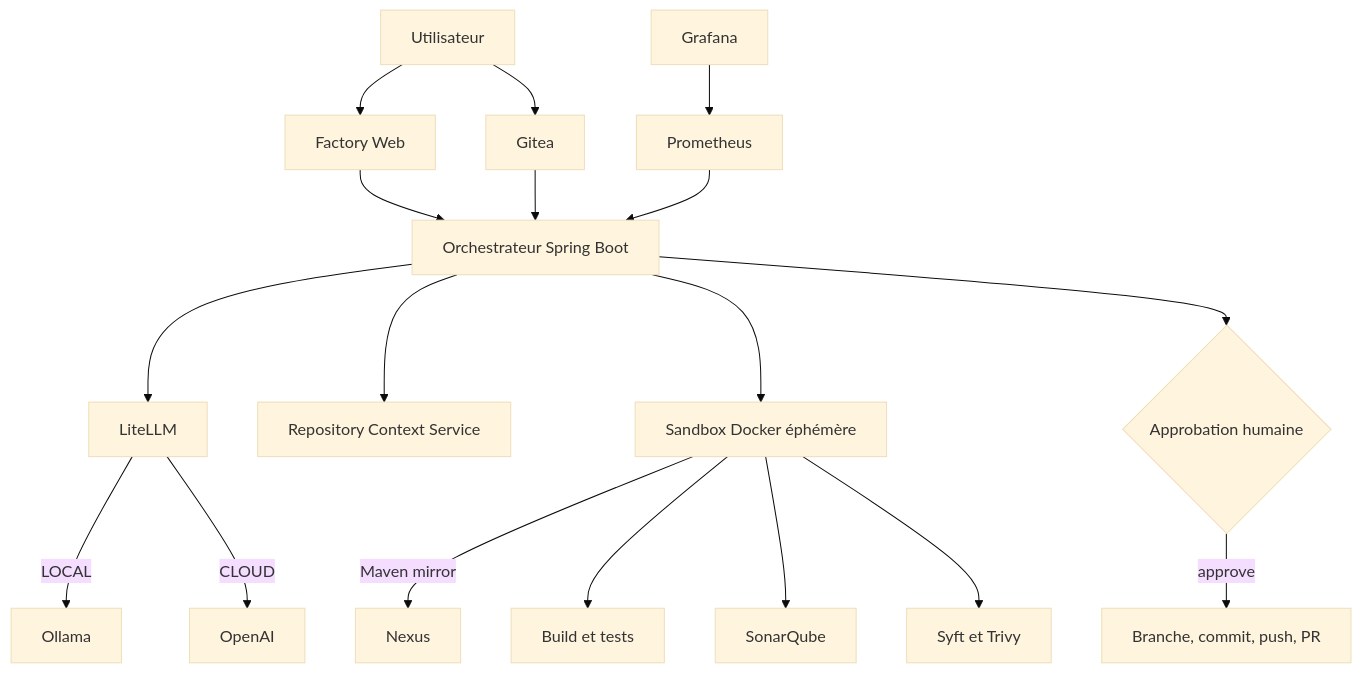
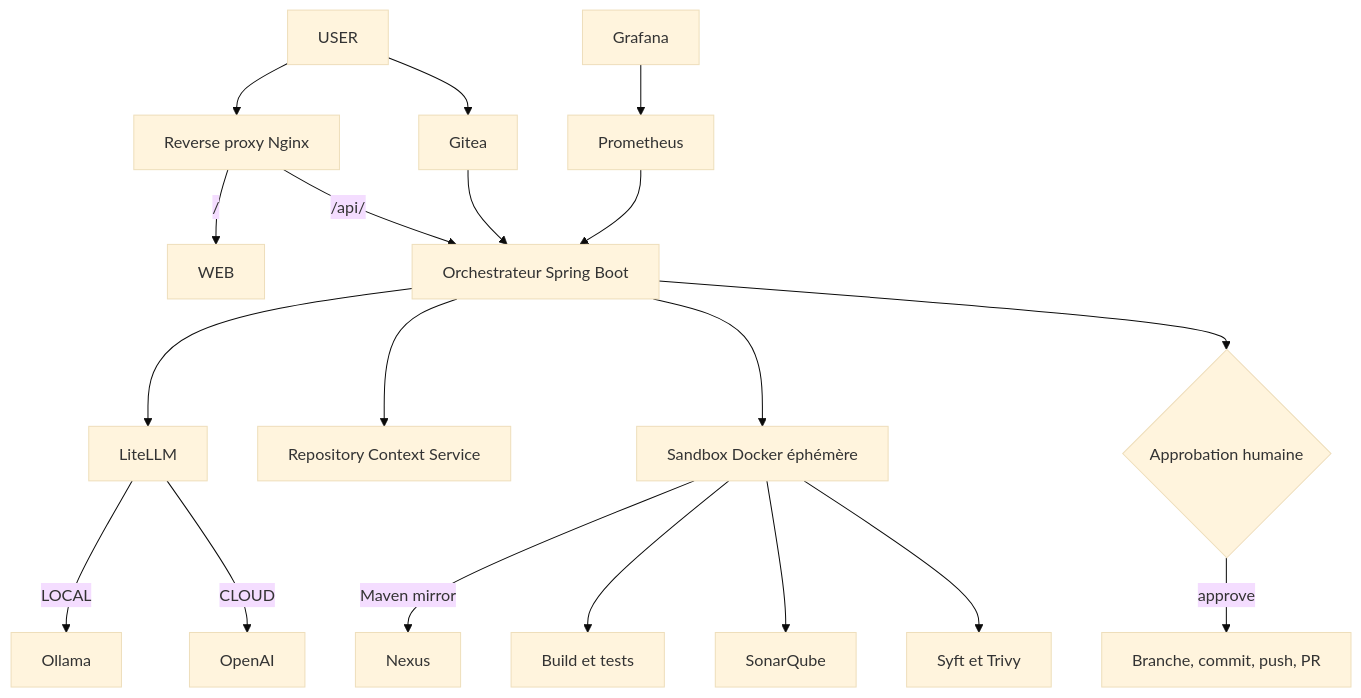
Before and after one commit to dbeaumont/ai-software-factory-local: the first of 3 diagrams in docs/architecture.md, drawn with Mermaid (base theme). The commit also changed other lines of this file and 6 other files, not shown here.

Commit message:
feat: ajout reverse proxy

````diff
--- a/docs/architecture.md
+++ b/docs/architecture.md
@@ -16,20 +16,21 @@
 ```mermaid
 flowchart TB
-  USER[Utilisateur] --> WEB[Factory Web]
   USER --> GITEA[Gitea]
-  WEB --> ORCH[Orchestrateur Spring Boot]
+  USER --> PROXY[Reverse proxy Nginx]
+  PROXY -->|/| WEB
+  PROXY -->|/api/| ORCH[Orchestrateur Spring Boot]
   ORCH --> LLM[LiteLLM]
   LLM -->|LOCAL| OLLAMA[Ollama]
   LLM -->|CLOUD| OPENAI[OpenAI]
   GITEA --> ORCH
   ORCH --> CTX[Repository Context Service]
   ORCH --> SANDBOX[Sandbox Docker éphémère]
   SANDBOX -->|Maven mirror| NEXUS[Nexus]
   SANDBOX --> TESTS[Build et tests]
   SANDBOX --> SONAR[SonarQube]
   SANDBOX --> SEC[Syft et Trivy]
   ORCH --> APPROVAL{Approbation humaine}
   APPROVAL -->|approve| PR[Branche, commit, push, PR]
   PROM[Prometheus] --> ORCH
   GRAF[Grafana] --> PROM
 ```
````
